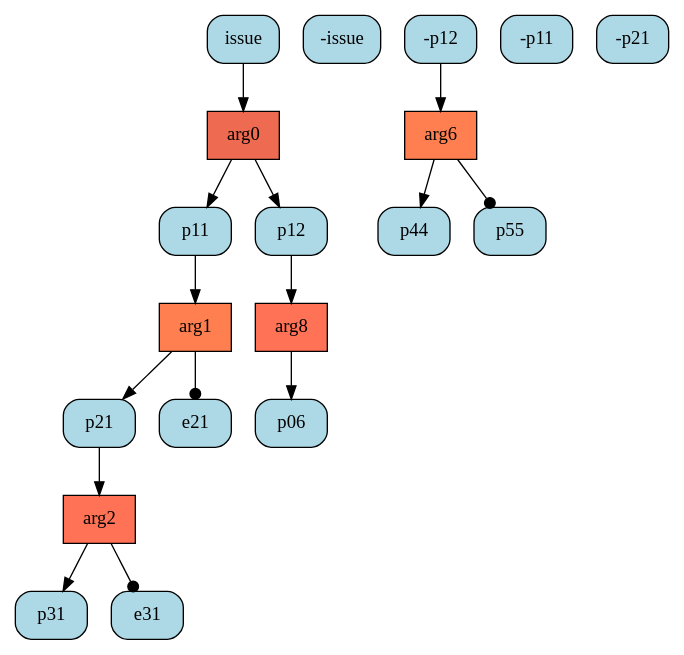
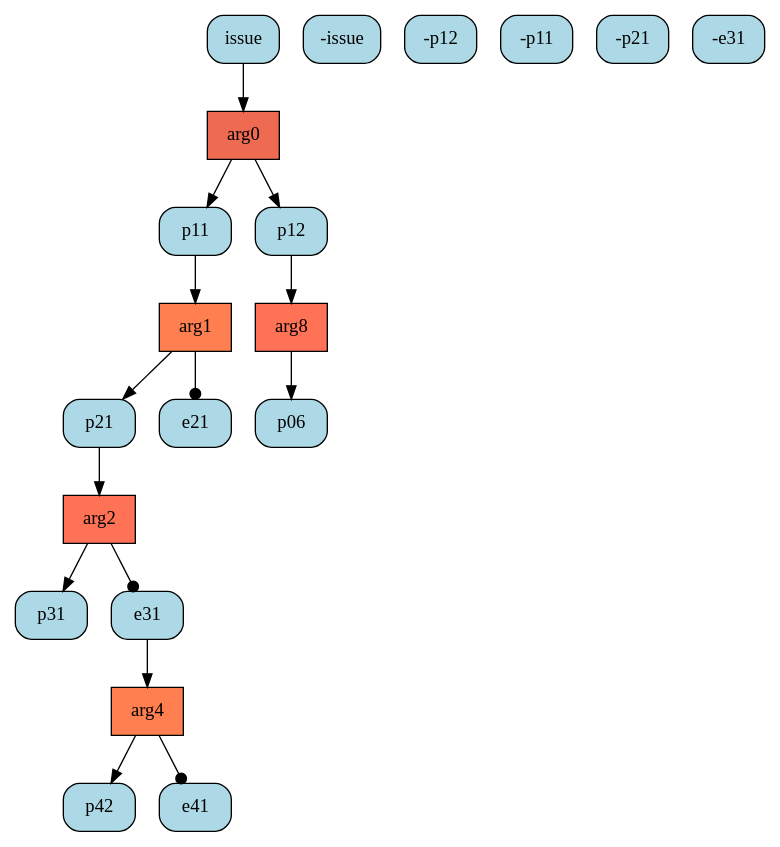
Before and after one commit to goweiting/carneades-ext: the diagram in system/dot/deep1vs1/1_1.dot, drawn with Graphviz. The commit also changed 114 other files, not shown here.

```diff
--- a/system/dot/deep1vs1/1_1.dot
+++ b/system/dot/deep1vs1/1_1.dot
@@ -1,35 +1,36 @@
 digraph G{ 
 "arg0" [color="black", fillcolor="coral2",fixedsize=false, shape=box, style="filled"]; 
 "issue" [color="black", fillcolor="lightblue", fixedsize=false,  shape="box", style="rounded,filled"]; 
 "-issue" [color="black", fillcolor="lightblue", fixedsize=false,  shape="box", style="rounded,filled"]; 
 "p11" [color="black", fillcolor="lightblue", fixedsize=false,  shape="box", style="rounded,filled"]; 
 "p12" [color="black", fillcolor="lightblue", fixedsize=false,  shape="box", style="rounded,filled"]; 
 "arg8" [color="black", fillcolor="coral1",fixedsize=false, shape=box, style="filled"]; 
 "-p12" [color="black", fillcolor="lightblue", fixedsize=false,  shape="box", style="rounded,filled"]; 
 "p06" [color="black", fillcolor="lightblue", fixedsize=false,  shape="box", style="rounded,filled"]; 
 "arg1" [color="black", fillcolor="coral",fixedsize=false, shape=box, style="filled"]; 
 "-p11" [color="black", fillcolor="lightblue", fixedsize=false,  shape="box", style="rounded,filled"]; 
 "p21" [color="black", fillcolor="lightblue", fixedsize=false,  shape="box", style="rounded,filled"]; 
 "e21" [color="black", fillcolor="lightblue", fixedsize=false,  shape="box", style="rounded,filled"]; 
 "arg2" [color="black", fillcolor="coral1",fixedsize=false, shape=box, style="filled"]; 
 "-p21" [color="black", fillcolor="lightblue", fixedsize=false,  shape="box", style="rounded,filled"]; 
 "p31" [color="black", fillcolor="lightblue", fixedsize=false,  shape="box", style="rounded,filled"]; 
 "e31" [color="black", fillcolor="lightblue", fixedsize=false,  shape="box", style="rounded,filled"]; 
-"arg6" [color="black", fillcolor="coral",fixedsize=false, shape=box, style="filled"]; 
-"p44" [color="black", fillcolor="lightblue", fixedsize=false,  shape="box", style="rounded,filled"]; 
-"p55" [color="black", fillcolor="lightblue", fixedsize=false,  shape="box", style="rounded,filled"]; 
+"arg4" [color="black", fillcolor="coral",fixedsize=false, shape=box, style="filled"]; 
+"-e31" [color="black", fillcolor="lightblue", fixedsize=false,  shape="box", style="rounded,filled"]; 
+"p42" [color="black", fillcolor="lightblue", fixedsize=false,  shape="box", style="rounded,filled"]; 
+"e41" [color="black", fillcolor="lightblue", fixedsize=false,  shape="box", style="rounded,filled"]; 
 "issue" -> "arg0" ; 
 "arg0" -> "p11" ; 
 "arg0" -> "p12" ; 
 "p12" -> "arg8" ; 
 "arg8" -> "p06" ; 
 "p11" -> "arg1" ; 
 "arg1" -> "p21" ; 
 "arg1" -> "e21" [arrowhead=dot] ; 
 "p21" -> "arg2" ; 
 "arg2" -> "p31" ; 
 "arg2" -> "e31" [arrowhead=dot] ; 
-"-p12" -> "arg6" ; 
-"arg6" -> "p44" ; 
-"arg6" -> "p55" [arrowhead=dot] ; 
+"e31" -> "arg4" ; 
+"arg4" -> "p42" ; 
+"arg4" -> "e41" [arrowhead=dot] ; 
 }
```
